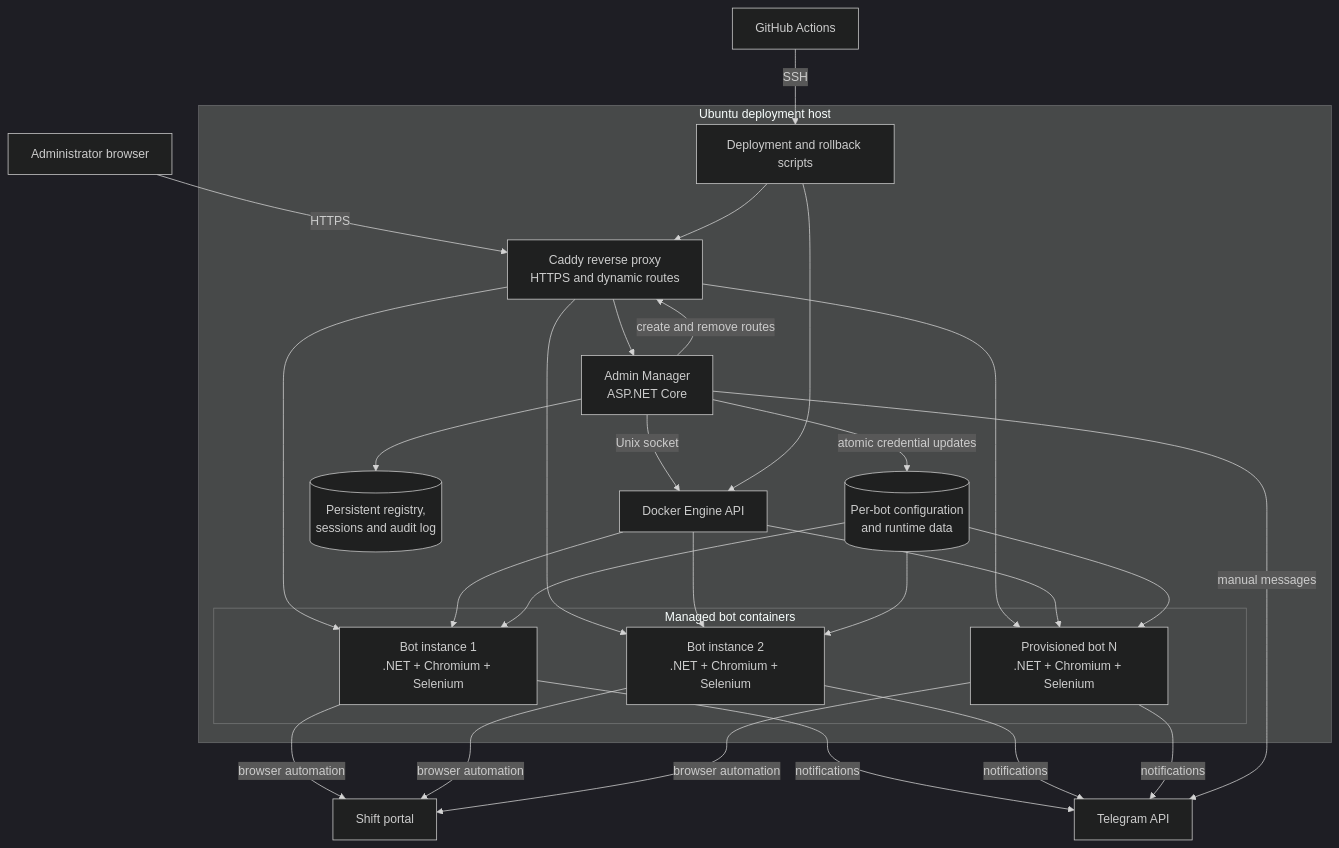
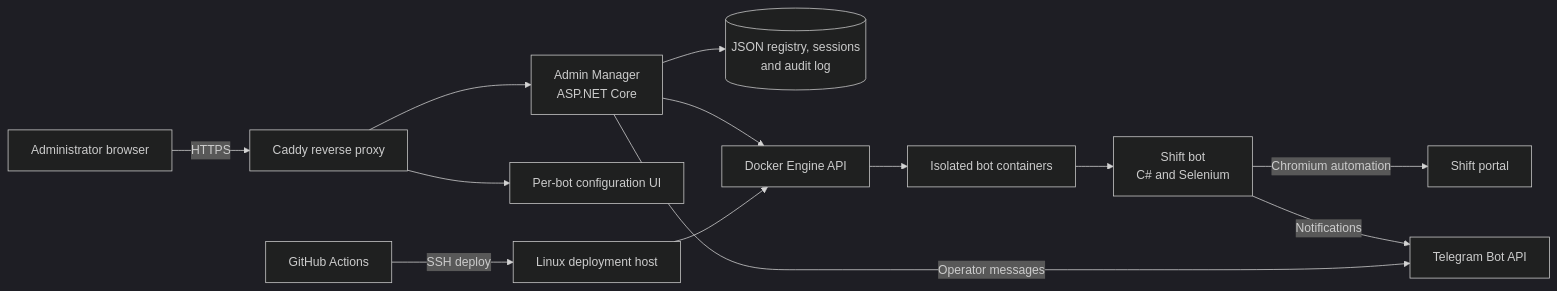
The diagram in README.md (krustallik/GymbeamShifts), drawn with Mermaid (dark theme) before and after one commit. The commit also changed other lines of this file and 7 other files, not shown here.

````diff
--- a/README.md
+++ b/README.md
@@ -47,51 +40,15 @@
 ```mermaid
-flowchart TB
-    operator[Administrator browser]
-    portal[Shift portal]
-    telegram[Telegram API]
-    github[GitHub Actions]
-
-    subgraph host[Ubuntu deployment host]
-        caddy[Caddy reverse proxy<br/>HTTPS and dynamic routes]
-        manager[Admin Manager<br/>ASP.NET Core]
-        deployer[Deployment and rollback scripts]
-        docker[Docker Engine API]
-        storage[(Persistent registry,<br/>sessions and audit log)]
-        instances[(Per-bot configuration<br/>and runtime data)]
-
-        subgraph bots[Managed bot containers]
-            bot1[Bot instance 1<br/>.NET + Chromium + Selenium]
-            bot2[Bot instance 2<br/>.NET + Chromium + Selenium]
-            botN[Provisioned bot N<br/>.NET + Chromium + Selenium]
-        end
-    end
-
-    operator -->|HTTPS| caddy
-    caddy --> manager
-    caddy --> bot1
-    caddy --> bot2
-    caddy --> botN
-
-    manager --> storage
-    manager -->|Unix socket| docker
-    manager -->|atomic credential updates| instances
-    manager -->|create and remove routes| caddy
-    docker --> bot1
-    docker --> bot2
-    docker --> botN
-    instances --> bot1
-    instances --> bot2
-    instances --> botN
-
-    bot1 -->|browser automation| portal
-    bot2 -->|browser automation| portal
-    botN -->|browser automation| portal
-    bot1 -->|notifications| telegram
-    bot2 -->|notifications| telegram
-    botN -->|notifications| telegram
-    manager -->|manual messages| telegram
-
-    github -->|SSH| deployer
-    deployer --> docker
-    deployer --> caddy
+flowchart LR
+    Operator[Administrator browser] -->|HTTPS| Proxy[Caddy reverse proxy]
+    Proxy --> Manager[Admin Manager<br/>ASP.NET Core]
+    Proxy --> BotUI[Per-bot configuration UI]
+    Manager --> Registry[(JSON registry, sessions<br/>and audit log)]
+    Manager --> Docker[Docker Engine API]
+    Docker --> Bots[Isolated bot containers]
+    Bots --> Bot[Shift bot<br/>C# and Selenium]
+    Bot -->|Chromium automation| Portal[Shift portal]
+    Bot -->|Notifications| Telegram[Telegram Bot API]
+    Manager -->|Operator messages| Telegram
+    Actions[GitHub Actions] -->|SSH deploy| Host[Linux deployment host]
+    Host --> Docker
 ```
````
